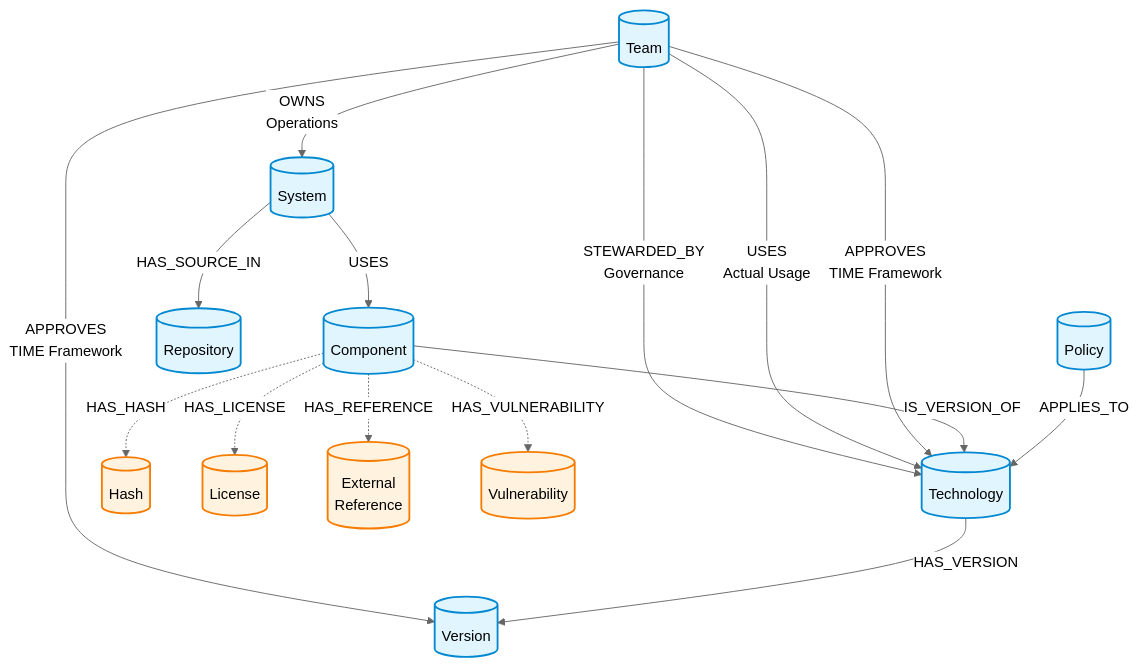
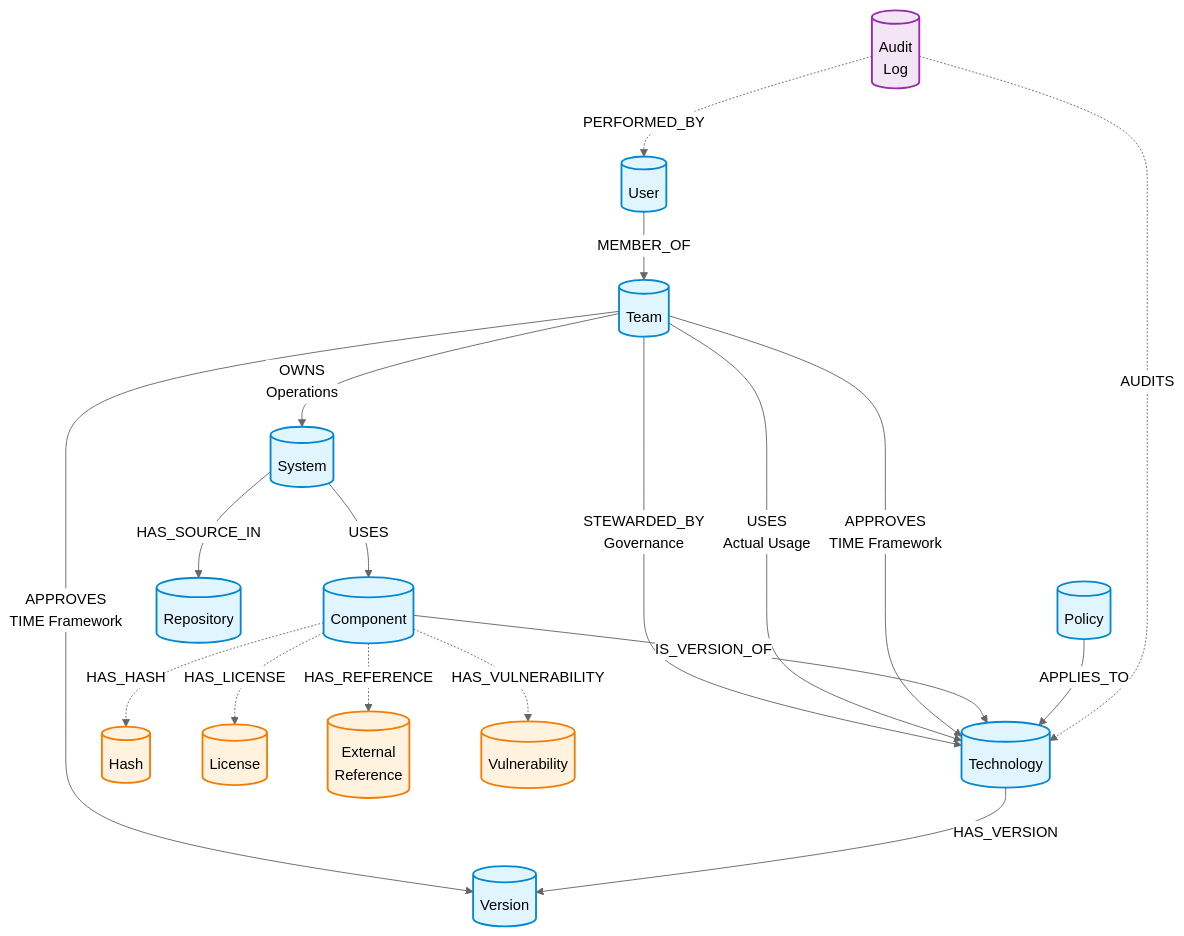
The first of 2 diagrams in content/architecture/graph-model.md (localgod/polaris), drawn with Mermaid (neutral theme) before and after one commit. The commit also changed other lines of this file, not shown here.

Commit message:
Update graph model documentation with audit trail information

````diff
--- a/content/architecture/graph-model.md
+++ b/content/architecture/graph-model.md
@@ -24,44 +24,54 @@
 ```mermaid
 graph TB
     %% Node Definitions
     Team[(Team)]
+    User[(User)]
     Technology[(Technology)]
     Version[(Version)]
     Component[(Component)]
     System[(System)]
     Repository[(Repository)]
     Policy[(Policy)]
     Hash[(Hash)]
     License[(License)]
     ExtRef[(External<br/>Reference)]
     Vuln[(Vulnerability)]
+    AuditLog[(Audit<br/>Log)]
     
     %% Core Relationships
     Team -->|STEWARDED_BY<br/>Governance| Technology
     Team -->|OWNS<br/>Operations| System
     Team -->|USES<br/>Actual Usage| Technology
     Team -->|APPROVES<br/>TIME Framework| Technology
     Team -->|APPROVES<br/>TIME Framework| Version
+    
+    User -->|MEMBER_OF| Team
     
     Technology -->|HAS_VERSION| Version
     
     Component -->|IS_VERSION_OF| Technology
     
     System -->|USES| Component
     System -->|HAS_SOURCE_IN| Repository
     
     Policy -->|APPLIES_TO| Technology
     
     %% Component SBOM Relationships
     Component -.->|HAS_HASH| Hash
     Component -.->|HAS_LICENSE| License
     Component -.->|HAS_REFERENCE| ExtRef
     Component -.->|HAS_VULNERABILITY| Vuln
     
+    %% Audit Relationships
+    AuditLog -.->|PERFORMED_BY| User
+    AuditLog -.->|AUDITS| Technology
+    
     %% Styling
     classDef coreNode fill:#e1f5ff,stroke:#0288d1,stroke-width:2px
     classDef sbomNode fill:#fff3e0,stroke:#f57c00,stroke-width:2px
+    classDef auditNode fill:#f3e5f5,stroke:#9c27b0,stroke-width:2px
     
-    class Team,Technology,Version,Component,System,Repository,Policy coreNode
+    class Team,User,Technology,Version,Component,System,Repository,Policy coreNode
     class Hash,License,ExtRef,Vuln sbomNode
+    class AuditLog auditNode
 ```
````
